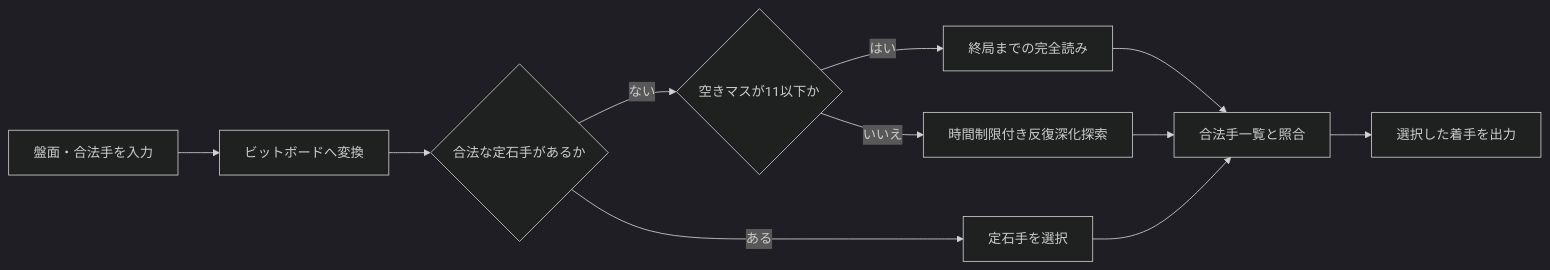
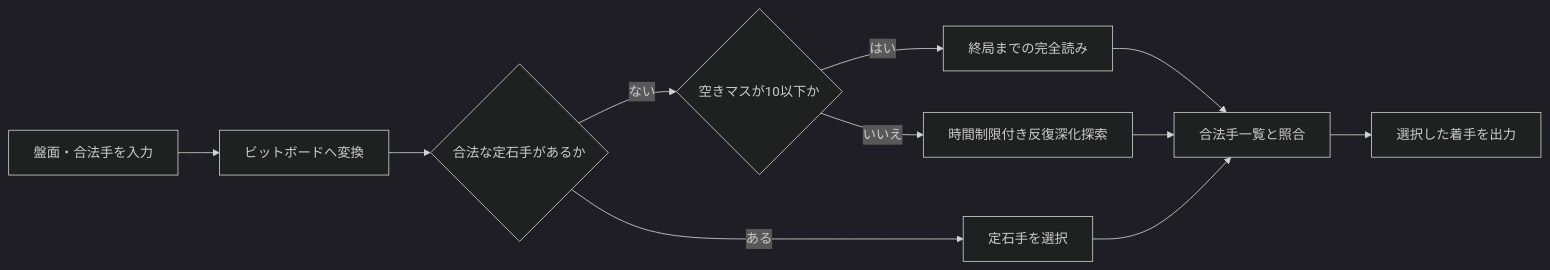
Before and after one commit to Eamy-code/CodingGame-Othello: the diagram in README.md, drawn with Mermaid (dark theme). The commit also changed other lines of this file and 4 other files, not shown here.

````diff
--- a/README.md
+++ b/README.md
@@ -54,13 +54,13 @@
 ```mermaid
 flowchart LR
     A[盤面・合法手を入力] --> B[ビットボードへ変換]
     B --> C{合法な定石手があるか}
     C -->|ある| D[定石手を選択]
-    C -->|ない| E{空きマスが11以下か}
+    C -->|ない| E{空きマスが10以下か}
     E -->|はい| F[終局までの完全読み]
     E -->|いいえ| G[時間制限付き反復深化探索]
     F --> H[合法手一覧と照合]
     G --> H
     D --> H
     H --> I[選択した着手を出力]
 ```
````
